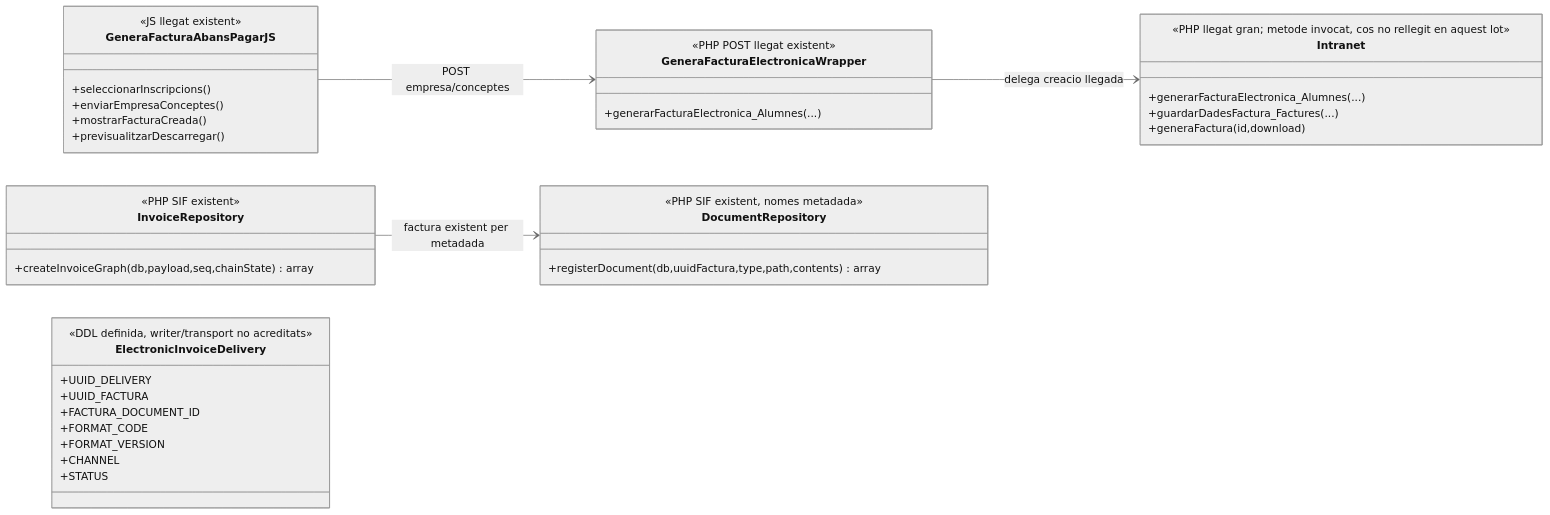
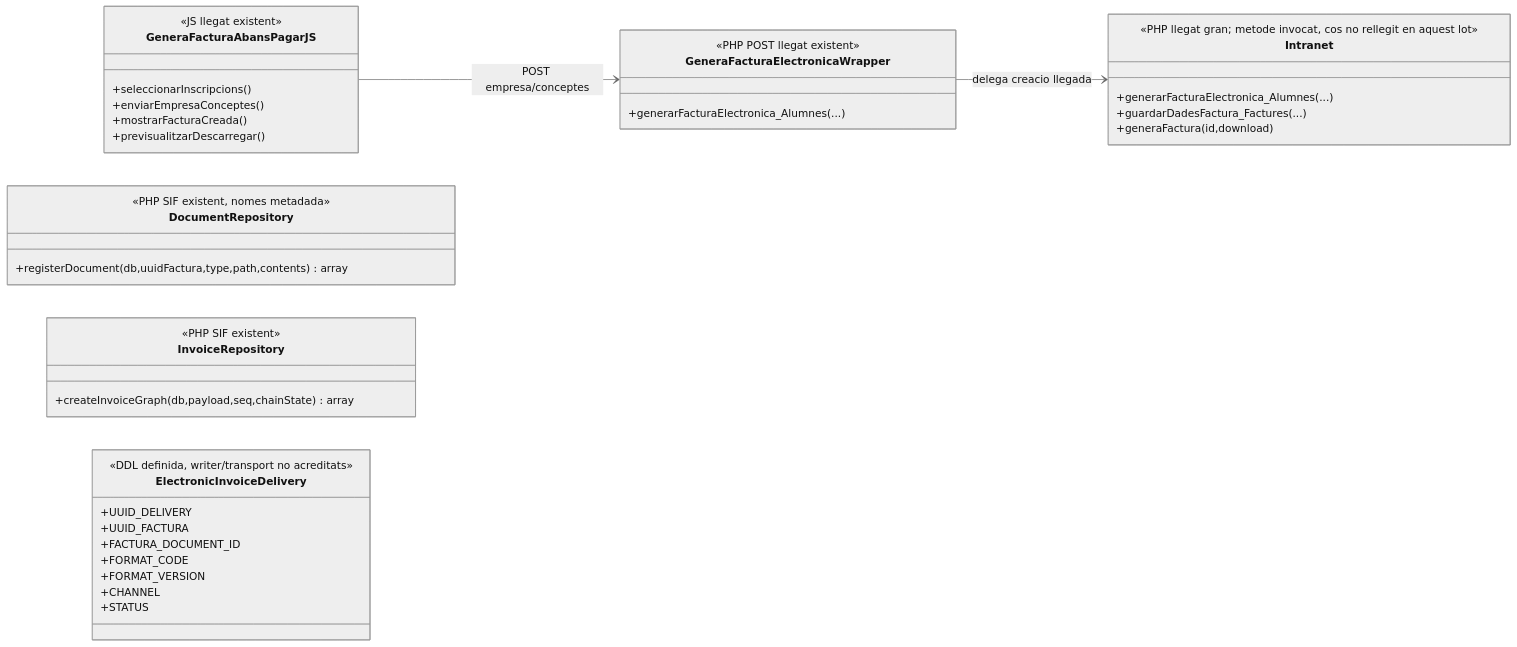
Before and after one commit to orgmeriemprismacat-del/verifactu: the fifth of 6 diagrams in documentacio/07-uml-integrat/uc-123-lliurar-factura-electronica.md, drawn with Mermaid (neutral theme). The commit also changed other lines of this file, not shown here.

Commit message:
docs: remove unverified runtime dependency from UC123 actual UML

````diff
--- a/documentacio/07-uml-integrat/uc-123-lliurar-factura-electronica.md
+++ b/documentacio/07-uml-integrat/uc-123-lliurar-factura-electronica.md
@@ -207,42 +207,41 @@
 ```mermaid
 classDiagram
 direction LR
 class GeneraFacturaAbansPagarJS {
  <<JS llegat existent>>
  +seleccionarInscripcions()
  +enviarEmpresaConceptes()
  +mostrarFacturaCreada()
  +previsualitzarDescarregar()
 }
 class GeneraFacturaElectronicaWrapper {
  <<PHP POST llegat existent>>
  +generarFacturaElectronica_Alumnes(...)
 }
 class Intranet {
  <<PHP llegat gran; metode invocat, cos no rellegit en aquest lot>>
  +generarFacturaElectronica_Alumnes(...)
  +guardarDadesFactura_Factures(...)
  +generaFactura(id,download)
 }
 class DocumentRepository {
  <<PHP SIF existent, nomes metadada>>
  +registerDocument(db,uuidFactura,type,path,contents) array
 }
 class InvoiceRepository {
  <<PHP SIF existent>>
  +createInvoiceGraph(db,payload,seq,chainState) array
 }
 class ElectronicInvoiceDelivery {
  <<DDL definida, writer/transport no acreditats>>
  +UUID_DELIVERY
  +UUID_FACTURA
  +FACTURA_DOCUMENT_ID
  +FORMAT_CODE
  +FORMAT_VERSION
  +CHANNEL
  +STATUS
 }
 GeneraFacturaAbansPagarJS --> GeneraFacturaElectronicaWrapper : POST empresa/conceptes
 GeneraFacturaElectronicaWrapper --> Intranet : delega creacio llegada
-InvoiceRepository --> DocumentRepository : factura existent per metadada
 ```
````
